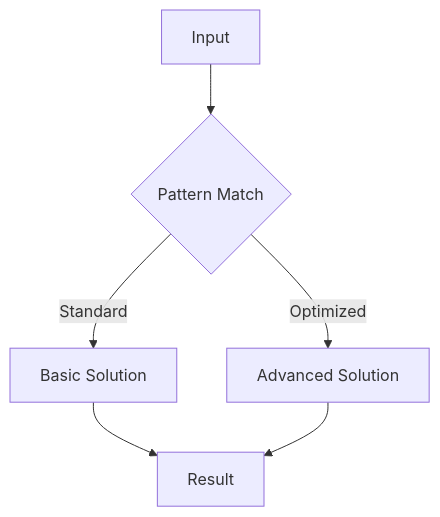
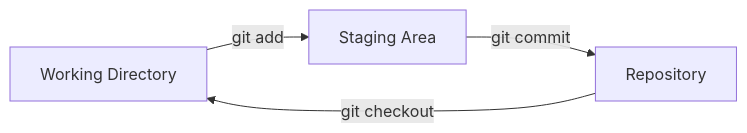
One commit to Raushan666java/ai-engineering-journey changed the second of 2 diagrams in docs/courses/ai-engineering-placement/04-git-linux-cli/01-git-basics.md. Above: the diagram before and after it, drawn with Mermaid. The commit also changed other lines of this file and 219 other files, not shown here.

````diff
--- a/docs/courses/ai-engineering-placement/04-git-linux-cli/01-git-basics.md
+++ b/docs/courses/ai-engineering-placement/04-git-linux-cli/01-git-basics.md
@@ -110,8 +85,6 @@
 ```mermaid
-flowchart TD
-    A[Input] --> B{Pattern Match}
-    B -->|Standard| C[Basic Solution]
-    B -->|Optimized| D[Advanced Solution]
-    C --> E[Result]
-    D --> E
+flowchart LR
+    A[Working Directory] -->|git add| B[Staging Area]
+    B -->|git commit| C[Repository]
+    C -->|git checkout| A
 ```
````
